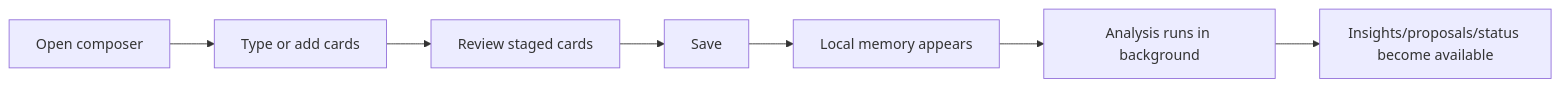
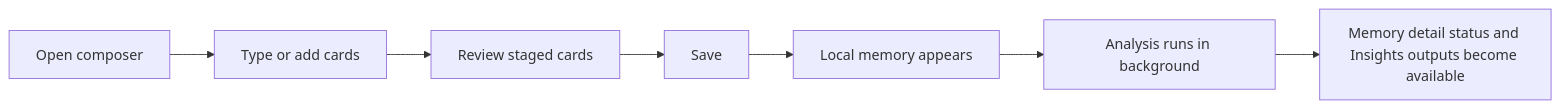
One commit to daaihang/sprout changed the first of 5 diagrams in docs/mory_system_handbook/02_user_journeys/README.md. Above: the diagram before and after it, drawn with Mermaid. The commit also changed other lines of this file and 20 other files, not shown here.

````diff
--- a/docs/mory_system_handbook/02_user_journeys/README.md
+++ b/docs/mory_system_handbook/02_user_journeys/README.md
@@ -7,9 +7,9 @@
 ```mermaid
 flowchart LR
     A["Open composer"] --> B["Type or add cards"]
     B --> C["Review staged cards"]
     C --> D["Save"]
     D --> E["Local memory appears"]
     E --> F["Analysis runs in background"]
-    F --> G["Insights/proposals/status become available"]
+    F --> G["Memory detail status and Insights outputs become available"]
 ```
````
